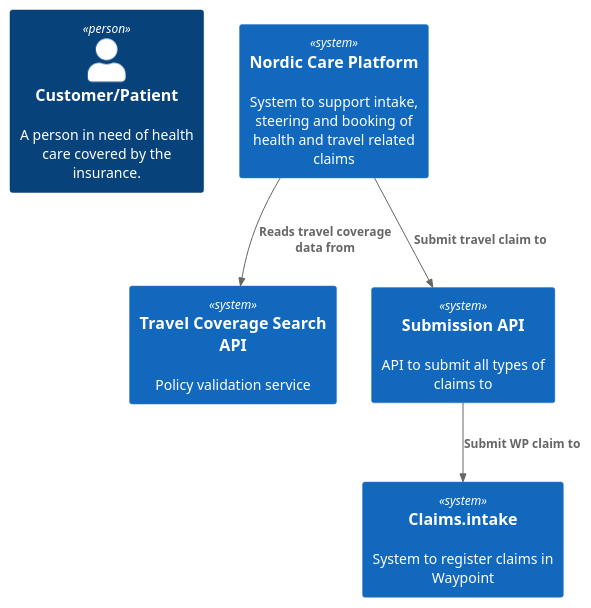
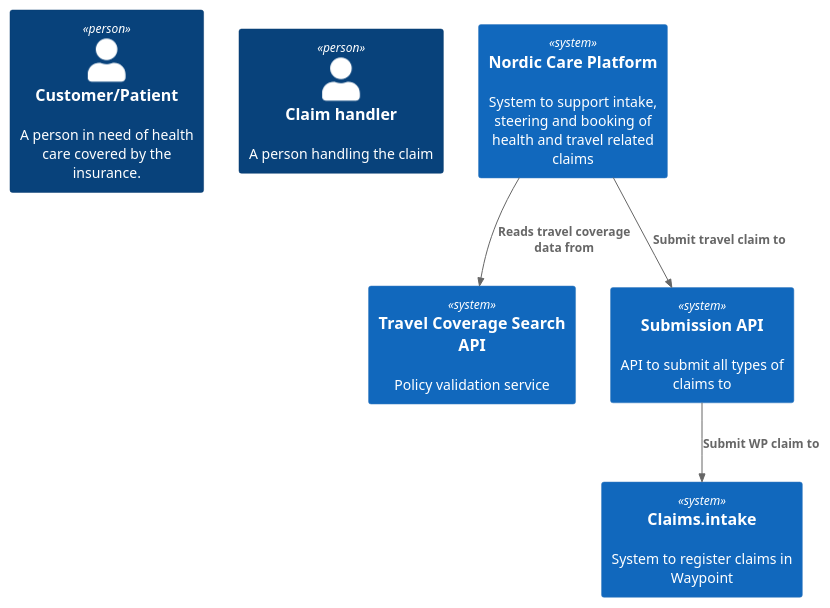
One commit to dereri/plantumldemo changed the diagram in C4-context.puml. Above: the diagram before and after it, drawn with PlantUML.

```diff
--- a/C4-context.puml
+++ b/C4-context.puml
@@ -1,11 +1,12 @@
 @startuml C4-context
 !include https://raw.githubusercontent.com/plantuml-stdlib/C4-PlantUML/master/C4_Context.puml
 Person(customer, "Customer/Patient", "A person in need of health care covered by the insurance.")
+Person(claimhandler, "Claim handler", "A person handling the claim")
 System(RSA_TRA, "Travel Coverage Search API", "Policy validation service")
 System(NCP,"Nordic Care Platform", "System to support intake, steering and booking of health and travel related claims")
 System(SubAPI, "Submission API", "API to submit all types of claims to")
 System(Claims, "Claims.intake", "System to register claims in Waypoint")
 Rel(NCP, RSA_TRA, "Reads travel coverage data from")
 Rel(NCP, SubAPI, "Submit travel claim to")
 Rel(SubAPI, Claims, "Submit WP claim to")
 @enduml
```
